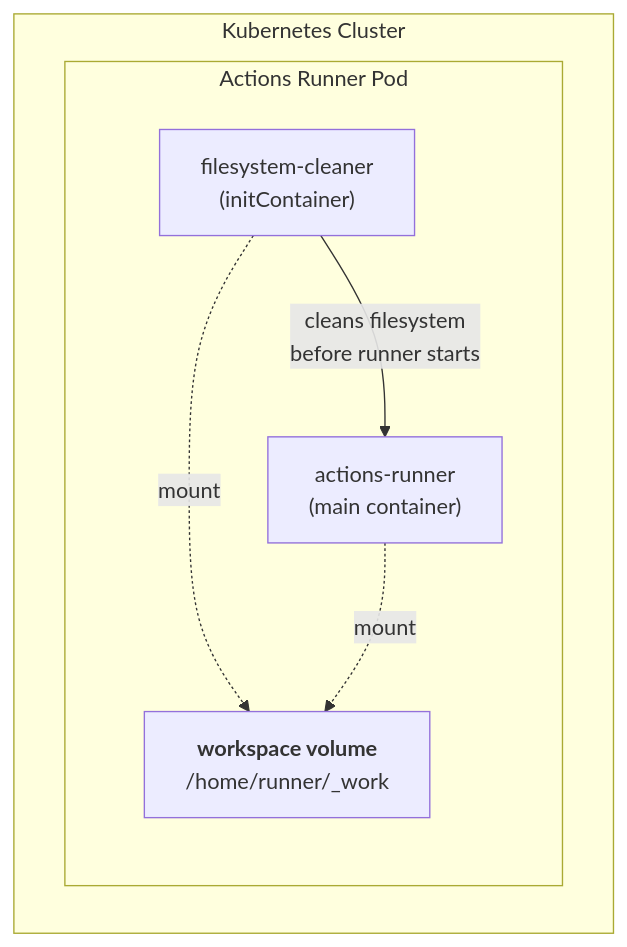
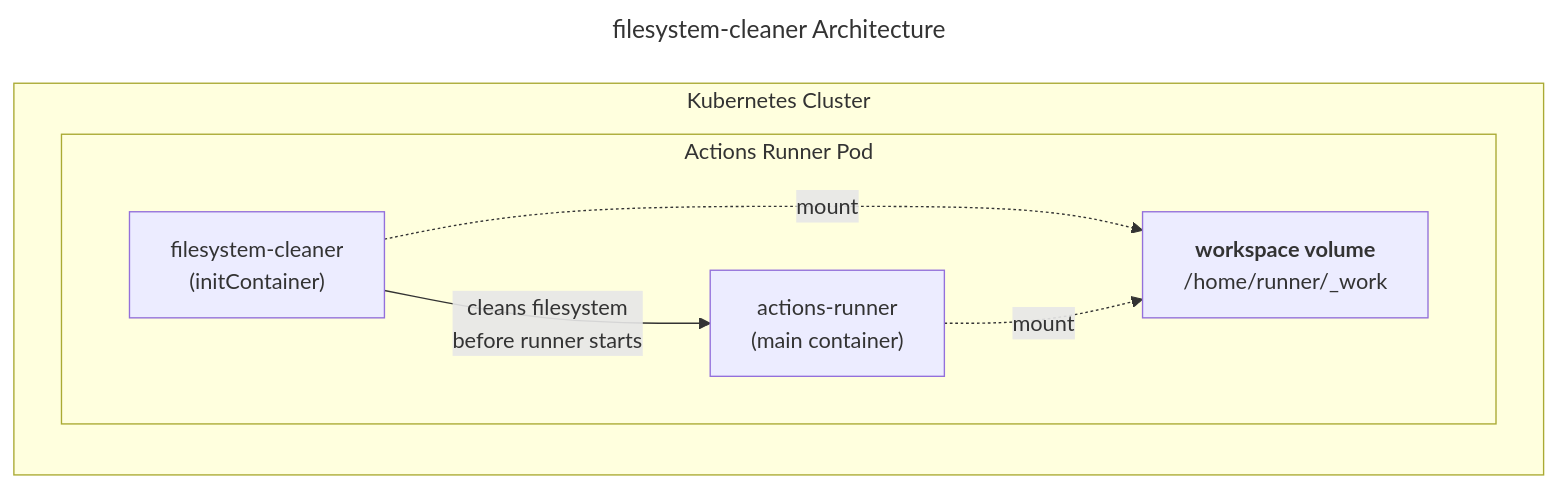
One commit to younsl/box changed the diagram in box/containers/filesystem-cleaner/README.md. Above: the diagram before and after it, drawn with Mermaid.

````diff
--- a/box/containers/filesystem-cleaner/README.md
+++ b/box/containers/filesystem-cleaner/README.md
@@ -10,15 +10,18 @@
 ```mermaid
-flowchart TD
+---
+title: filesystem-cleaner Architecture
+---
+flowchart LR
     subgraph k8s ["Kubernetes Cluster"]
         subgraph pod ["Actions Runner Pod"]
             initContainer["filesystem-cleaner<br/>(initContainer)"]
             container["actions-runner<br/>(main container)"]
             volume["`**workspace volume**
             /home/runner/_work`"]
         end
     end
     
     initContainer -->|"cleans filesystem<br/>before runner starts"| container
     initContainer -.->|mount| volume
     container -.->|mount| volume
 ```
````
